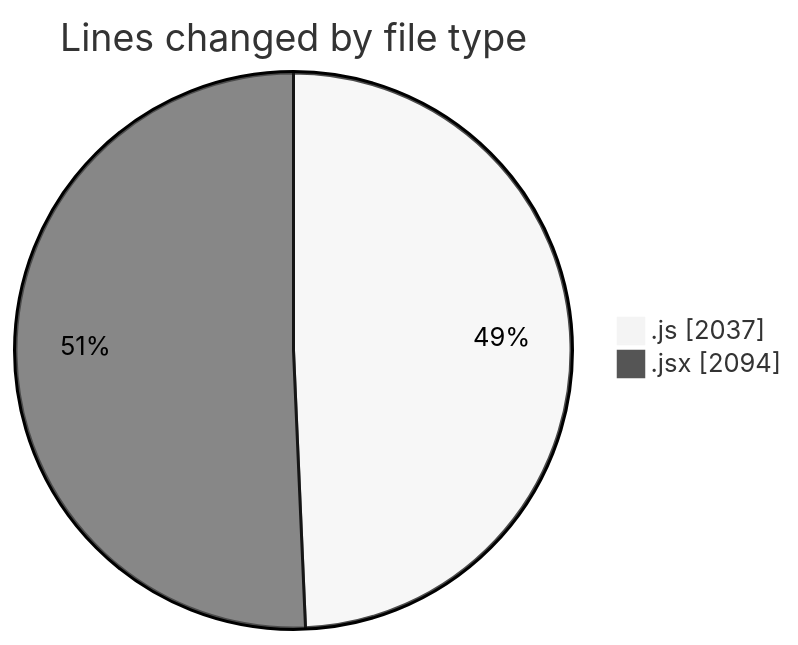
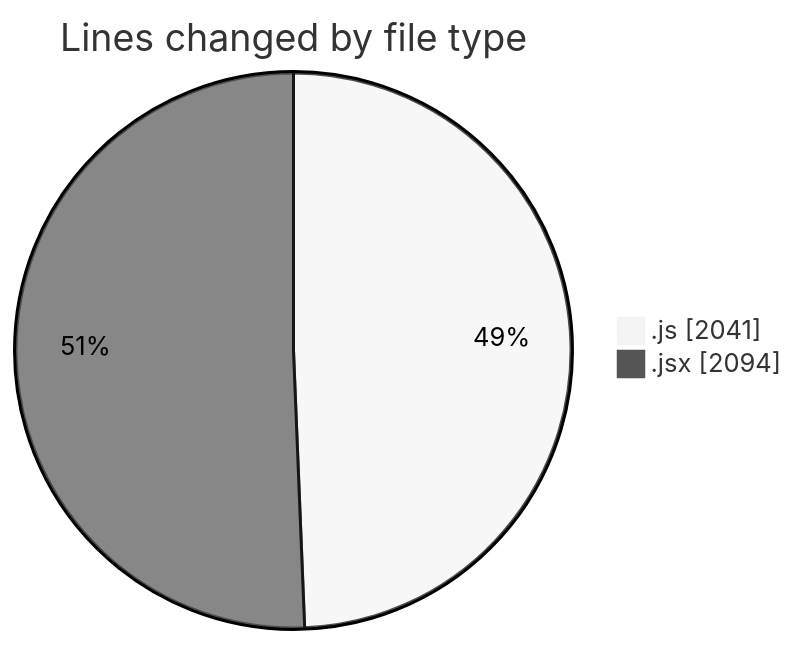
One commit to nxtqubesakshisongat/code-tracking changed the first of 2 diagrams in 2025-09-01/nxtqube_webapp/README.md. Above: the diagram before and after it, drawn with Mermaid (neutral theme). The commit also changed other lines of this file and 1 other file, not shown here.

````diff
--- a/2025-09-01/nxtqube_webapp/README.md
+++ b/2025-09-01/nxtqube_webapp/README.md
@@ -25,6 +25,6 @@
 ```mermaid
 pie showData
 title Lines changed by file type
-".js" : 2037
+".js" : 2041
 ".jsx" : 2094
 ```
````
